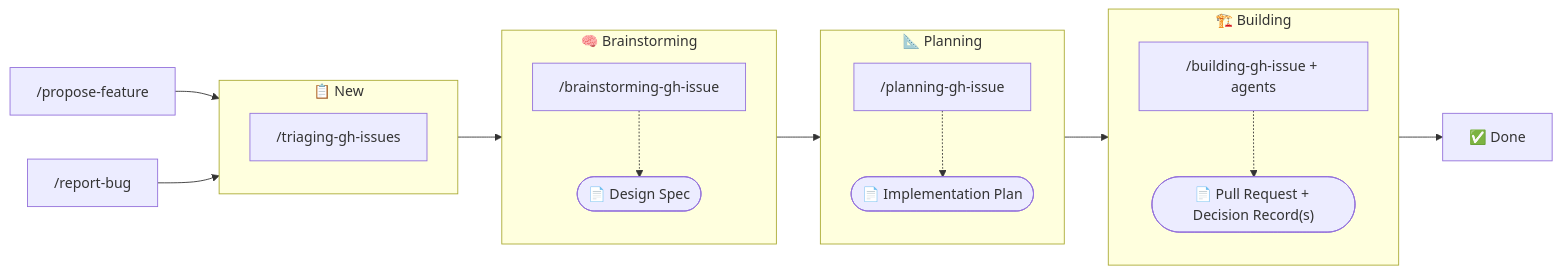
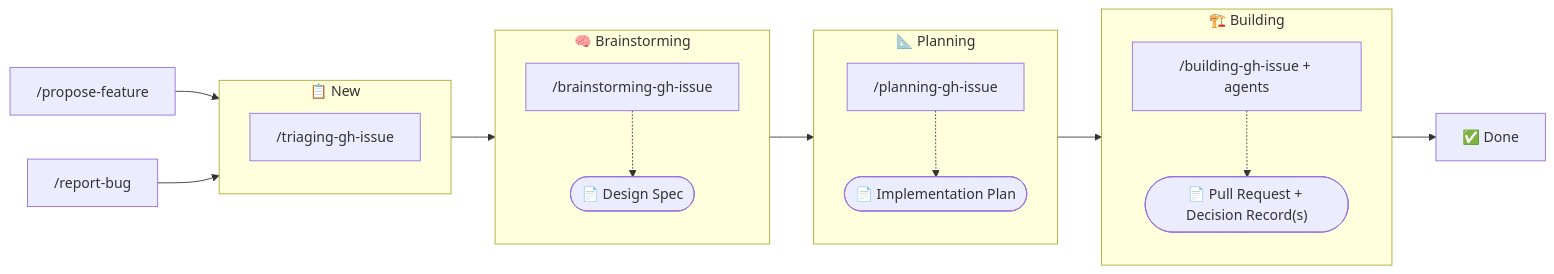
The second of 2 diagrams in README.md (TheTarry/Token-Effort), drawn with Mermaid before and after one commit. The commit also changed other lines of this file and 20 other files, not shown here.

Commit message:
chore: rename triage skill to `*-issue` (singular) to align with new scope

````diff
--- a/README.md
+++ b/README.md
@@ -80,39 +80,39 @@
 ```mermaid
 graph LR
     A1["/propose-feature"]
     A2["/report-bug"]
     DONE["✅ Done"]
 
     subgraph COL1["📋 New"]
         direction TB
-        TRIAGE["/triaging-gh-issues"]
+        TRIAGE["/triaging-gh-issue"]
     end
 
     subgraph COL2["🧠 Brainstorming"]
         direction TB
         BRAIN["/brainstorming-gh-issue"]
         SPEC(["📄 Design Spec"])
     end
 
     subgraph COL3["📐 Planning"]
         direction TB
         PLAN["/planning-gh-issue"]
         PLANOUT(["📄 Implementation Plan"])
     end
 
     subgraph COL4["🏗️ Building"]
         direction TB
         BUILD["/building-gh-issue + agents"]
         PR(["📄 Pull Request + Decision Record(s)"])
     end
 
     A1 --> TRIAGE
     A2 --> TRIAGE
     TRIAGE --> BRAIN
     BRAIN -.-> SPEC
     BRAIN --> PLAN
     PLAN -.-> PLANOUT
     PLAN --> BUILD
     BUILD -.-> PR
     BUILD --> DONE
 ```
````
